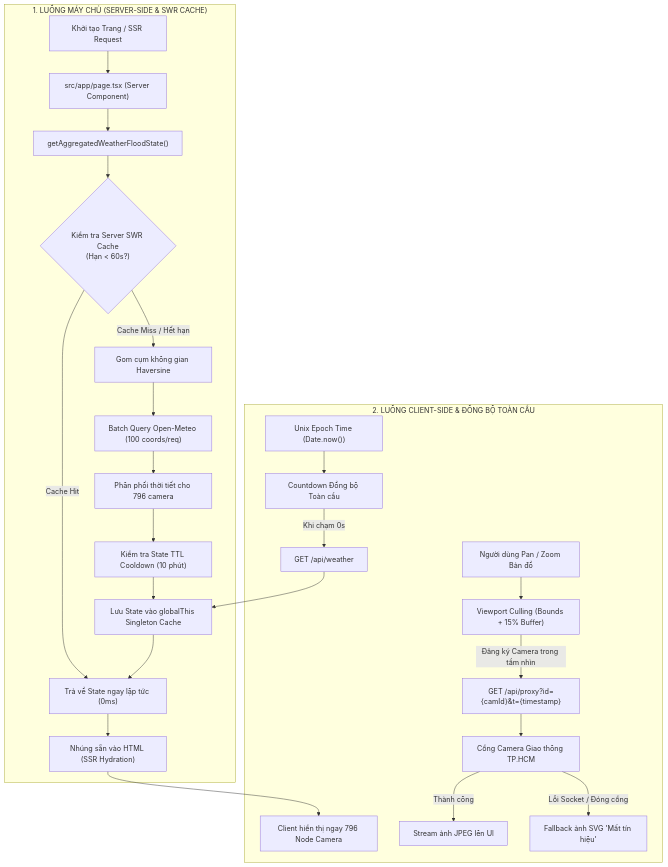
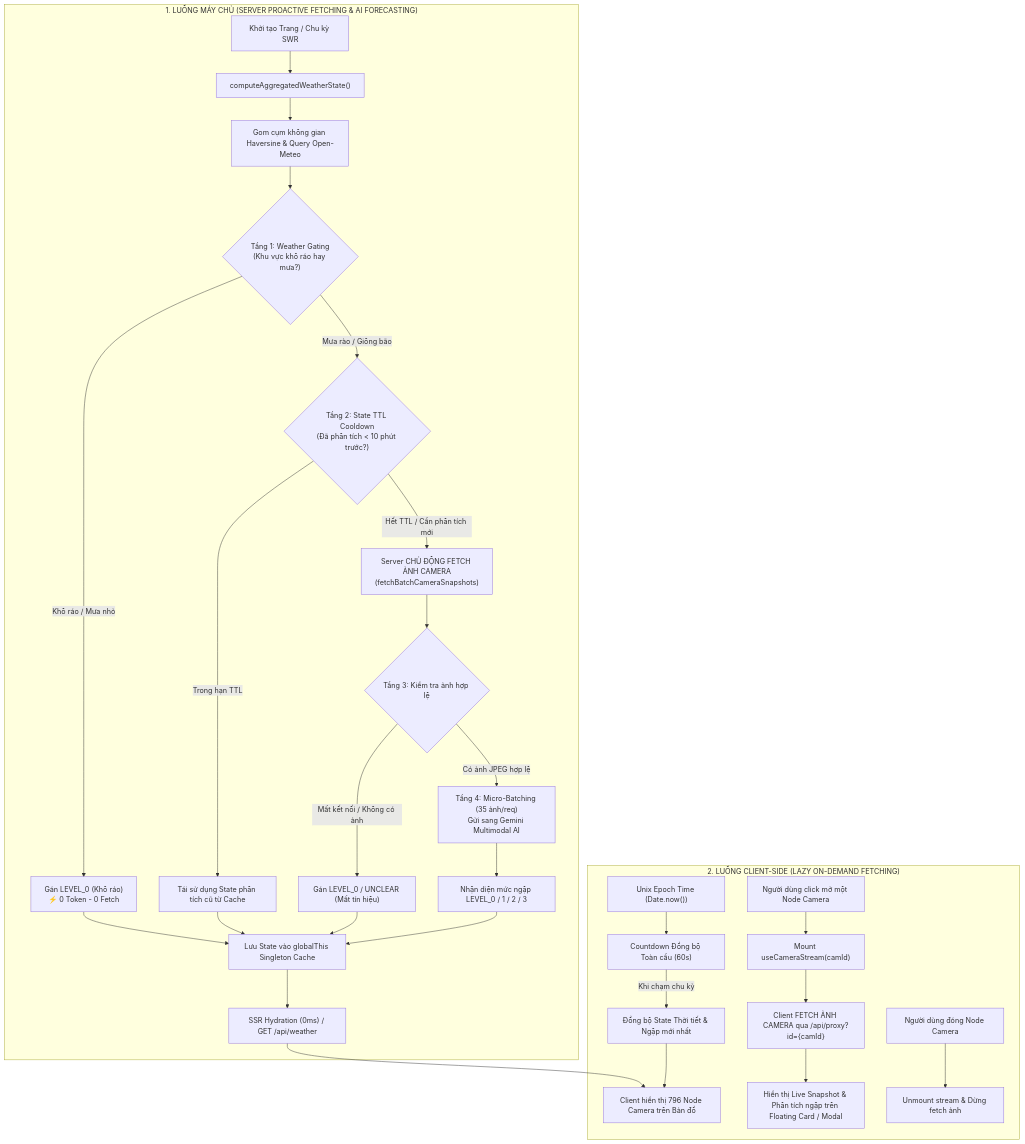
The first of 2 diagrams in README.md (helitoo/venha), drawn with Mermaid before and after one commit. The commit also changed other lines of this file and 6 other files, not shown here.

````diff
--- a/README.md
+++ b/README.md
@@ -23,29 +24,37 @@
 ```mermaid
 flowchart TD
-    subgraph SERVER["1. LUỒNG MÁY CHỦ (SERVER-SIDE & SWR CACHE)"]
-        A["Khởi tạo Trang / SSR Request"] --> B["src/app/page.tsx (Server Component)"]
-        B --> C["getAggregatedWeatherFloodState()"]
-        C --> D{"Kiểm tra Server SWR Cache<br/>(Hạn < 60s?)"}
-        D -->|Cache Hit| E["Trả về State ngay lập tức (0ms)"]
-        D -->|Cache Miss / Hết hạn| F["Gom cụm không gian Haversine"]
-        F --> G["Batch Query Open-Meteo (100 coords/req)"]
-        G --> H["Phân phối thời tiết cho 796 camera"]
-        H --> I["Kiểm tra State TTL Cooldown (10 phút)"]
-        I --> J["Lưu State vào globalThis Singleton Cache"]
-        J --> E
-        E --> K["Nhúng sẵn vào HTML (SSR Hydration)"]
+    subgraph SERVER["1. LUỒNG MÁY CHỦ (SERVER PROACTIVE FETCHING & AI FORECASTING)"]
+        A["Khởi tạo Trang / Chu kỳ SWR"] --> B["computeAggregatedWeatherState()"]
+        B --> C["Gom cụm không gian Haversine & Query Open-Meteo"]
+        C --> D{"Tầng 1: Weather Gating<br/>(Khu vực khô ráo hay mưa?)"}
+        
+        D -->|Khô ráo / Mưa nhỏ| E["Gán LEVEL_0 (Khô ráo)<br/>⚡ 0 Token - 0 Fetch"]
+        D -->|Mưa rào / Giông bão| F{"Tầng 2: State TTL Cooldown<br/>(Đã phân tích < 10 phút trước?)"}
+        
+        F -->|Trong hạn TTL| G["Tái sử dụng State phân tích cũ từ Cache"]
+        F -->|Hết TTL / Cần phân tích mới| H["Server CHỦ ĐỘNG FETCH ẢNH CAMERA<br/>(fetchBatchCameraSnapshots)"]
+        
+        H --> I{"Tầng 3: Kiểm tra ảnh hợp lệ"}
+        I -->|Mất kết nối / Không có ảnh| J["Gán LEVEL_0 / UNCLEAR (Mất tín hiệu)"]
+        I -->|Có ảnh JPEG hợp lệ| K["Tầng 4: Micro-Batching (35 ảnh/req)<br/>Gửi sang Gemini Multimodal AI"]
+        
+        K --> L["Nhận diện mức ngập LEVEL_0 / 1 / 2 / 3"]
+        E --> M["Lưu State vào globalThis Singleton Cache"]
+        G --> M
+        J --> M
+        L --> M
+        M --> N["SSR Hydration (0ms) / GET /api/weather"]
     end
 
-    subgraph CLIENT["2. LUỒNG CLIENT-SIDE & ĐỒNG BỘ TOÀN CẦU"]
-        K --> L["Client hiển thị ngay 796 Node Camera"]
-        M["Unix Epoch Time (Date.now())"] --> N["Countdown Đồng bộ Toàn cầu"]
-        N -->|Khi chạm 0s| O["GET /api/weather"]
-        O --> J
+    subgraph CLIENT["2. LUỒNG CLIENT-SIDE (LAZY ON-DEMAND FETCHING)"]
+        N --> O["Client hiển thị 796 Node Camera trên Bản đồ"]
+        P["Unix Epoch Time (Date.now())"] --> Q["Countdown Đồng bộ Toàn cầu (60s)"]
+        Q -->|Khi chạm chu kỳ| R["Đồng bộ State Thời tiết & Ngập mới nhất"]
+        R --> O
         
-        P["Người dùng Pan / Zoom Bản đồ"] --> Q["Viewport Culling (Bounds + 15% Buffer)"]
-        Q -->|Đăng ký Camera trong tầm nhìn| R["GET /api/proxy?id={camId}&t={timestamp}"]
-        R --> S["Cổng Camera Giao thông TP.HCM"]
-        S -->|Thành công| T["Stream ảnh JPEG lên UI"]
-        S -->|Lỗi Socket / Đóng cổng| U["Fallback ảnh SVG 'Mất tín hiệu'"]
+        S["Người dùng click mở một Node Camera"] --> T["Mount useCameraStream(camId)"]
+        T --> U["Client FETCH ẢNH CAMERA qua /api/proxy?id={camId}"]
+        U --> V["Hiển thị Live Snapshot & Phân tích ngập trên Floating Card / Modal"]
+        W["Người dùng đóng Node Camera"] --> X["Unmount stream & Dừng fetch ảnh"]
     end
 ```
````
